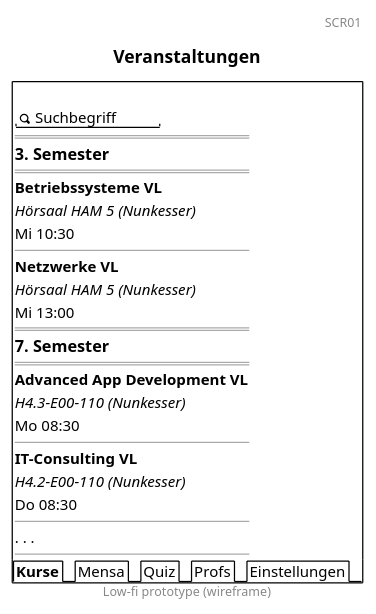
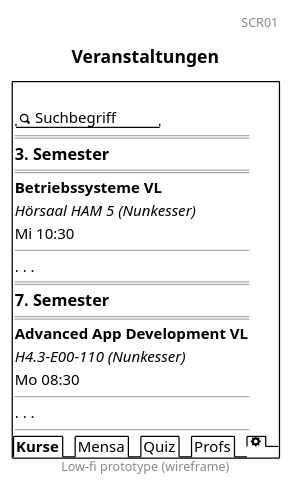
One commit to RobinNunkesser/plantuml changed the diagram in scr1.pu. Above: the diagram before and after it, drawn with PlantUML. The commit also changed 5 other files, not shown here.

```diff
--- a/scr1.pu
+++ b/scr1.pu
@@ -1,35 +1,29 @@
 @startsalt
 title Veranstaltungen
 header SCR01
 footer Low-fi prototype (wireframe)
 {+
 {
     .
     "<&magnifying-glass> Suchbegriff"
     ==
     === 3. Semester 
     ==
     **Betriebssysteme VL**
     //Hörsaal HAM 5 (Nunkesser)//
     Mi 10:30
     --
-    **Netzwerke VL**
-    //Hörsaal HAM 5 (Nunkesser)//
-    Mi 13:00
+    . . .
     ==
     === 7. Semester 
     ==
     **Advanced App Development VL**
     //H4.3-E00-110 (Nunkesser)//
     Mo 08:30
     --
-    **IT-Consulting VL**
-    //H4.2-E00-110 (Nunkesser)//
-    Do 08:30
-    --
     . . .
     --
 }
-{/ <b>Kurse | Mensa | Quiz | Profs | Einstellungen }
+{/ <b>Kurse | Mensa | Quiz | Profs | <&cog> }
 }
 @endsalt
```
